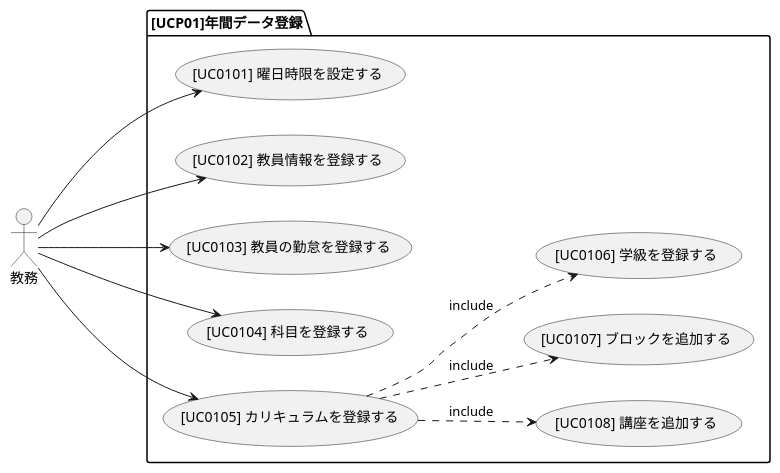
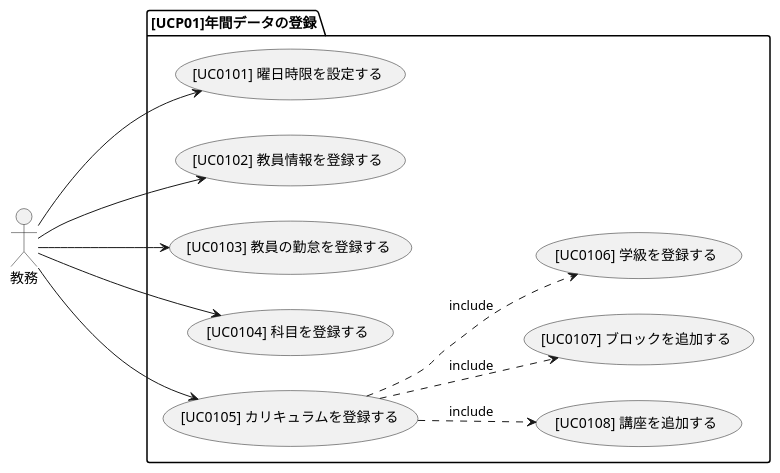
Before and after one commit to takayanag-i/working-in-progress: the diagram in docs/03_システム要件定義/01_ユースケース図/UCP01_年間データ登録.pu, drawn with PlantUML.

Commit message:
[Exp] アクションの実験用

```diff
--- a/docs/03_システム要件定義/01_ユースケース図/UCP01_年間データ登録.pu
+++ b/docs/03_システム要件定義/01_ユースケース図/UCP01_年間データ登録.pu
@@ -1,18 +1,16 @@
 @startuml usecase diagram
 left to right direction
 
 :教務:
-
-    package [UCP01]年間データ登録 {
+    package [UCP01]年間データの登録 {
         教務--->([UC0101] 曜日時限を設定する)
         教務--->([UC0102] 教員情報を登録する)
         教務--->([UC0103] 教員の勤怠を登録する)
         教務--->([UC0104] 科目を登録する)
         教務--->([UC0105] カリキュラムを登録する)
 
         ([UC0105] カリキュラムを登録する) ..> ([UC0108] 講座を追加する) : include
         ([UC0105] カリキュラムを登録する) ..> ([UC0107] ブロックを追加する) : include
         ([UC0105] カリキュラムを登録する) ..> ([UC0106] 学級を登録する) :  include
     }
-
 @enduml
```
